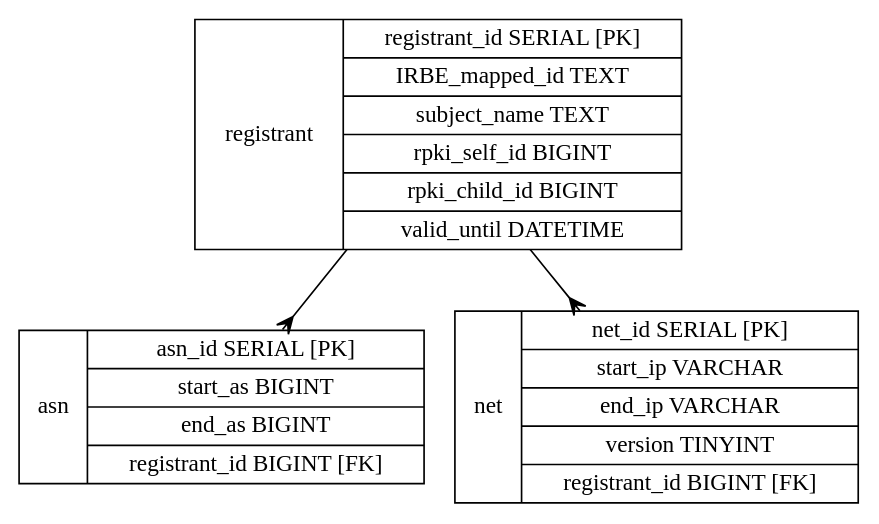
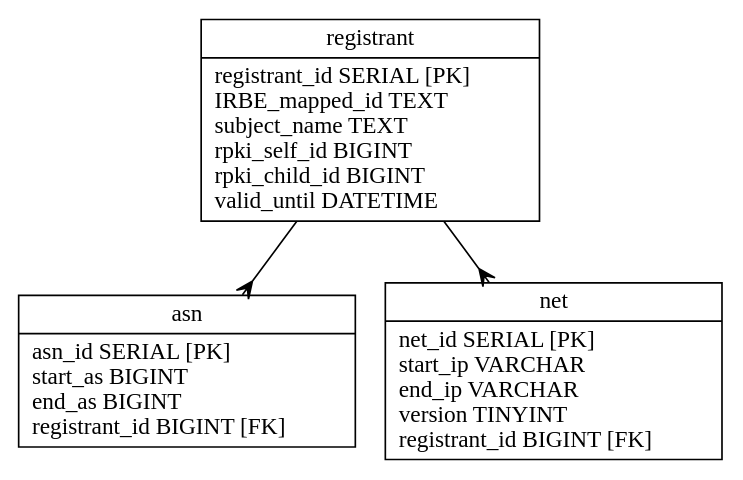
One commit to dragonresearch/rpki.net changed the diagram in rpkid/doc/irdbd.dot. Above: the diagram before and after it, drawn with Graphviz. The commit also changed 12 other files, not shown here.

```diff
--- a/rpkid/doc/irdbd.dot
+++ b/rpkid/doc/irdbd.dot
@@ -1,12 +1,12 @@
 // Automatically generated from irdbd.sql
 
 digraph test {
 	edge [arrowtail=none, arrowhead=crow];
 	graph [ratio=fill, overlap=false, bgcolor=white];
 	node [label="\N", fillcolor=white, shape=record, style=filled];
-	registrant [label="registrant|{registrant_id\ SERIAL\ \[PK\]|IRBE_mapped_id\ TEXT|subject_name\ TEXT|rpki_self_id\ BIGINT|rpki_child_id\ BIGINT|valid_until\ DATETIME}"];
-	asn [label="asn|{asn_id\ SERIAL\ \[PK\]|start_as\ BIGINT|end_as\ BIGINT|registrant_id\ BIGINT\ \[FK\]}"];
-	net [label="net|{net_id\ SERIAL\ \[PK\]|start_ip\ VARCHAR|end_ip\ VARCHAR|version\ TINYINT|registrant_id\ BIGINT\ \[FK\]}"];
+	registrant [label="{registrant\n|registrant_id\ SERIAL\ [PK]\lIRBE_mapped_id\ TEXT\lsubject_name\ TEXT\lrpki_self_id\ BIGINT\lrpki_child_id\ BIGINT\lvalid_until\ DATETIME\l}"];
+	asn [label="{asn\n|asn_id\ SERIAL\ [PK]\lstart_as\ BIGINT\lend_as\ BIGINT\lregistrant_id\ BIGINT\ [FK]\l}"];
+	net [label="{net\n|net_id\ SERIAL\ [PK]\lstart_ip\ VARCHAR\lend_ip\ VARCHAR\lversion\ TINYINT\lregistrant_id\ BIGINT\ [FK]\l}"];
 	registrant -> asn;
 	registrant -> net;
 }
```
